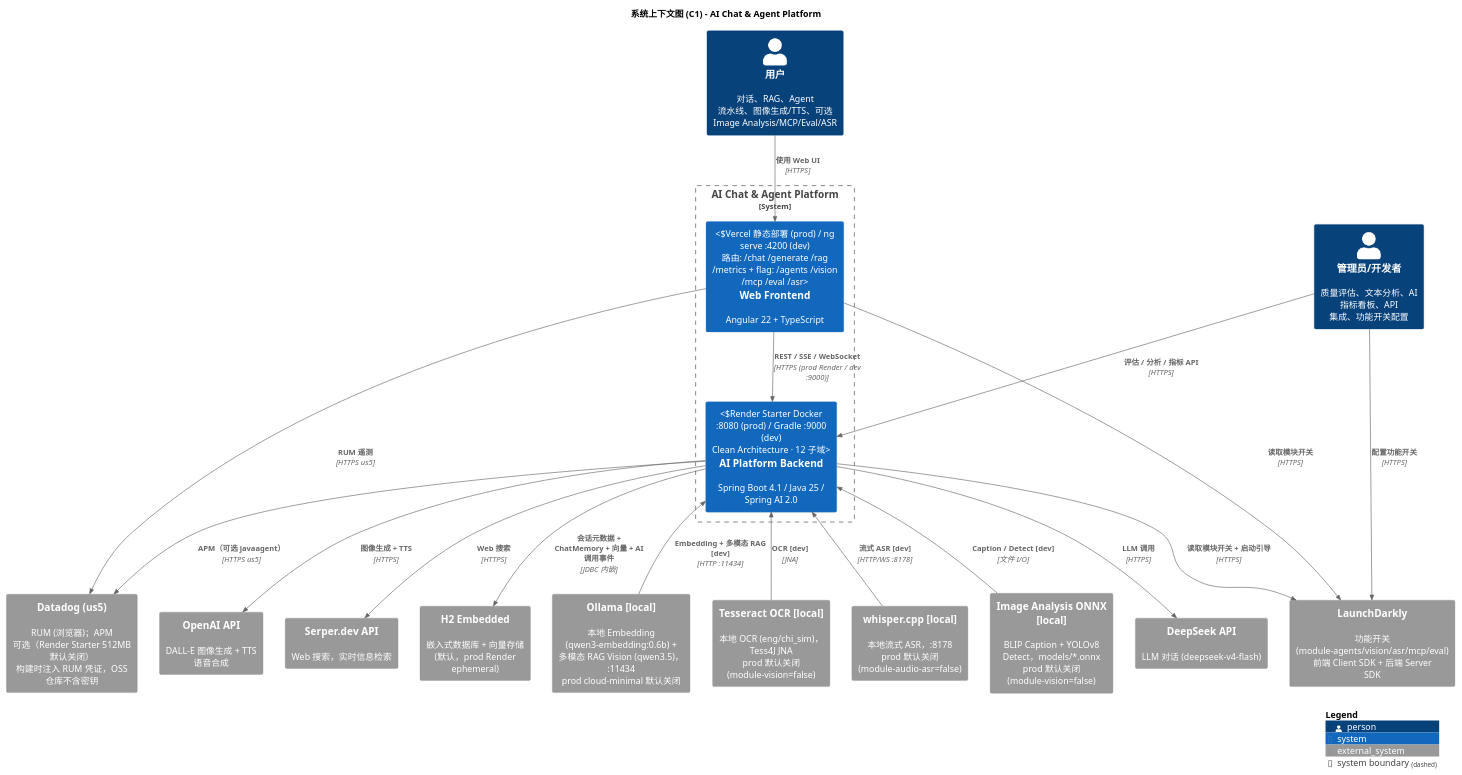
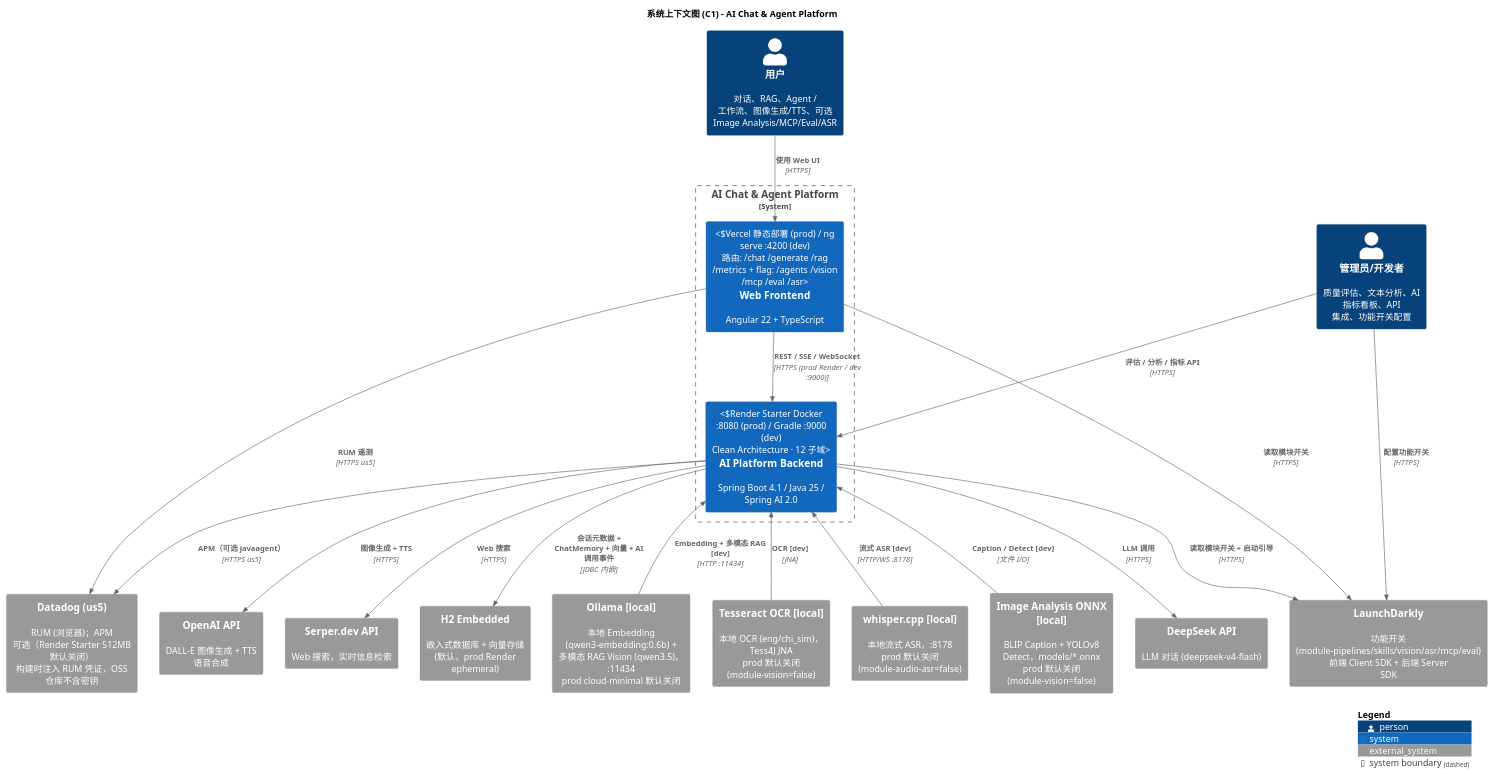
The diagram in docs/developer/c4-model/C1-Context.puml (felixzhu97/explore-ai), drawn with PlantUML before and after one commit. The commit also changed 110 other files, not shown here.

```diff
--- a/docs/developer/c4-model/C1-Context.puml
+++ b/docs/developer/c4-model/C1-Context.puml
@@ -1,68 +1,68 @@
 @startuml C1-Context
 !include https://raw.githubusercontent.com/plantuml-stdlib/C4-PlantUML/master/C4_Context.puml
 
 LAYOUT_WITH_LEGEND()
 
 title 系统上下文图 (C1) - AI Chat & Agent Platform
 
 ' ============================================================
 ' PEOPLE
 ' ============================================================
-Person(user, "用户", "对话、RAG、Agent 流水线、图像生成/TTS、可选 Image Analysis/MCP/Eval/ASR")
+Person(user, "用户", "对话、RAG、Agent / 工作流、图像生成/TTS、可选 Image Analysis/MCP/Eval/ASR")
 Person(admin, "管理员/开发者", "质量评估、文本分析、AI 指标看板、API 集成、功能开关配置")
 
 ' ============================================================
 ' AI Chat & Agent Platform
 ' ============================================================
 System_Boundary(ai_platform, "AI Chat & Agent Platform") {
     System(frontend, "Web Frontend", "Angular 22 + TypeScript", "Vercel 静态部署 (prod) / ng serve :4200 (dev)\n路由: /chat /generate /rag /metrics + flag: /agents /vision /mcp /eval /asr")
     System(backend, "AI Platform Backend", "Spring Boot 4.1 / Java 25 / Spring AI 2.0", "Render Starter Docker :8080 (prod) / Gradle :9000 (dev)\nClean Architecture · 12 子域")
 }
 
 ' ============================================================
 ' PLATFORM SERVICES
 ' ============================================================
-System_Ext(launchdarkly, "LaunchDarkly", "功能开关 (module-agents/vision/asr/mcp/eval)\n前端 Client SDK + 后端 Server SDK")
+System_Ext(launchdarkly, "LaunchDarkly", "功能开关 (module-pipelines/skills/vision/asr/mcp/eval)\n前端 Client SDK + 后端 Server SDK")
 System_Ext(datadog, "Datadog (us5)", "RUM (浏览器)；APM 可选（Render Starter 512MB 默认关闭）\n构建时注入 RUM 凭证，OSS 仓库不含密钥")
 
 ' ============================================================
 ' CLOUD AI SERVICES (prod + dev)
 ' ============================================================
 System_Ext(deepseek_api, "DeepSeek API", "LLM 对话 (deepseek-v4-flash)")
 System_Ext(openai_api, "OpenAI API", "DALL-E 图像生成 + TTS 语音合成")
 System_Ext(serper_api, "Serper.dev API", "Web 搜索，实时信息检索")
 
 ' ============================================================
 ' DATA & LOCAL-ONLY SERVICES (dev / optional)
 ' ============================================================
 System_Ext(h2_db, "H2 Embedded", "嵌入式数据库 + 向量存储 (默认，prod Render ephemeral)")
 System_Ext(ollama, "Ollama [local]", "本地 Embedding (qwen3-embedding:0.6b) + 多模态 RAG Vision (qwen3.5)，:11434\nprod cloud-minimal 默认关闭")
 System_Ext(tesseract, "Tesseract OCR [local]", "本地 OCR (eng/chi_sim)，Tess4J JNA\nprod 默认关闭 (module-vision=false)")
 System_Ext(whisper_cpp, "whisper.cpp [local]", "本地流式 ASR，:8178\nprod 默认关闭 (module-audio-asr=false)")
 System_Ext(onnx_vision, "Image Analysis ONNX [local]", "BLIP Caption + YOLOv8 Detect，models/*.onnx\nprod 默认关闭 (module-vision=false)")
 
 ' ============================================================
 ' RELATIONSHIPS
 ' ============================================================
 Rel(user, frontend, "使用 Web UI", "HTTPS")
 Rel(admin, launchdarkly, "配置功能开关", "HTTPS")
 Rel(admin, backend, "评估 / 分析 / 指标 API", "HTTPS")
 Rel(frontend, backend, "REST / SSE / WebSocket", "HTTPS (prod Render / dev :9000)")
 
 Rel(frontend, launchdarkly, "读取模块开关", "HTTPS")
 Rel(frontend, datadog, "RUM 遥测", "HTTPS us5")
 Rel(backend, launchdarkly, "读取模块开关 + 启动引导", "HTTPS")
 Rel(backend, datadog, "APM（可选 javaagent）", "HTTPS us5")
 
 Rel(backend, deepseek_api, "LLM 调用", "HTTPS")
 Rel(backend, openai_api, "图像生成 + TTS", "HTTPS")
 Rel(backend, serper_api, "Web 搜索", "HTTPS")
 Rel(backend, h2_db, "会话元数据 + ChatMemory + 向量 + AI 调用事件", "JDBC 内嵌")
 
 Rel_Back(backend, ollama, "Embedding + 多模态 RAG [dev]", "HTTP :11434")
 Rel_Back(backend, tesseract, "OCR [dev]", "JNA")
 Rel_Back(backend, whisper_cpp, "流式 ASR [dev]", "HTTP/WS :8178")
 Rel_Back(backend, onnx_vision, "Caption / Detect [dev]", "文件 I/O")
 
 SHOW_LEGEND()
 @enduml
```
